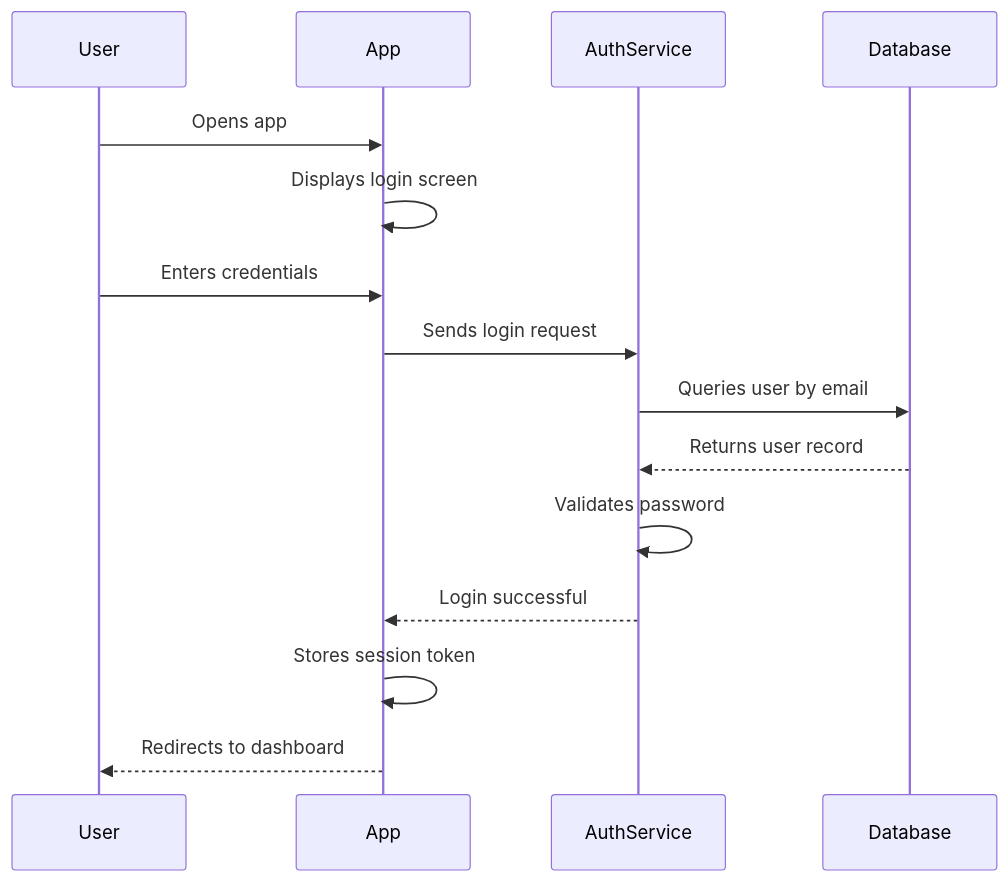
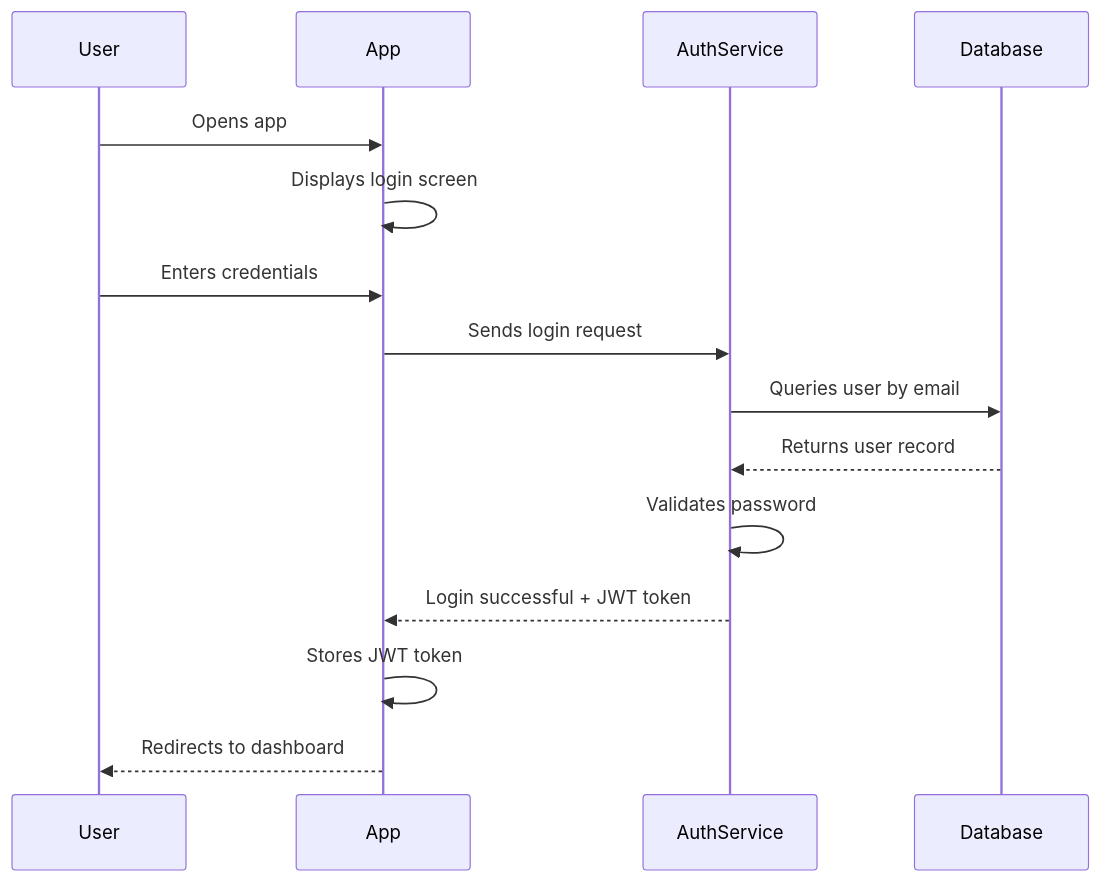
Before and after one commit to Alistair31/Portfolio-Project: the second of 5 diagrams in Stage3_technical_documentation.md, drawn with Mermaid. The commit also changed other lines of this file, not shown here.

Commit message:
fix: add class diagram section and improve technical documentation clarity

````diff
--- a/Stage3_technical_documentation.md
+++ b/Stage3_technical_documentation.md
@@ -133,18 +265,18 @@
 ```mermaid
 sequenceDiagram
     participant User
     participant App
     participant AuthService
     participant Database
 
     User->>App: Opens app
     App->>App: Displays login screen
     User->>App: Enters credentials
     App->>AuthService: Sends login request
     AuthService->>Database: Queries user by email
     Database-->>AuthService: Returns user record
     AuthService->>AuthService: Validates password
-    AuthService-->>App: Login successful
-    App->>App: Stores session token
+    AuthService-->>App: Login successful + JWT token
+    App->>App: Stores JWT token
     App-->>User: Redirects to dashboard
 ```
````
